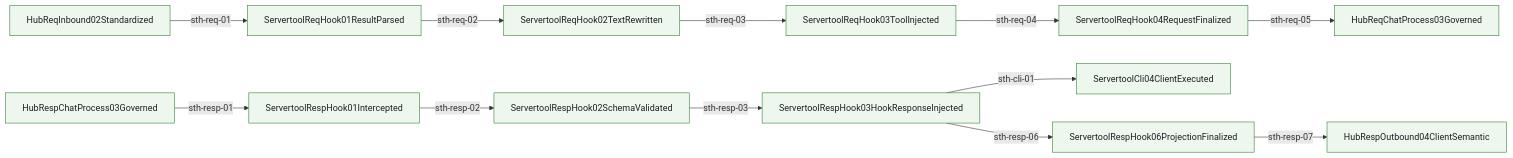
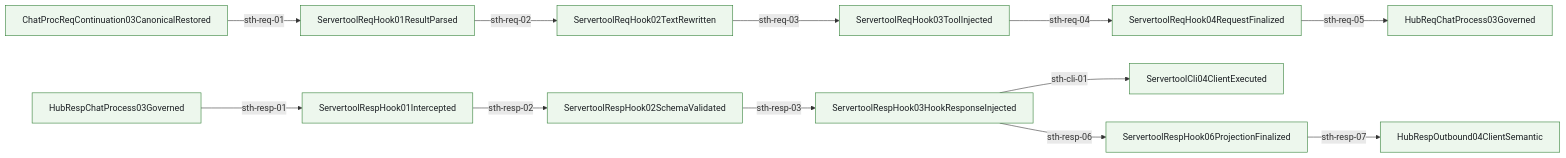
One commit to Jasonzhangf/routecodex changed the third of 20 diagrams in docs/architecture/wiki/mainline-call-graph.md. Above: the diagram before and after it, drawn with Mermaid. The commit also changed other lines of this file and 311 other files, not shown here.

````diff
--- a/docs/architecture/wiki/mainline-call-graph.md
+++ b/docs/architecture/wiki/mainline-call-graph.md
@@ -104,43 +104,43 @@
 ```mermaid
 flowchart LR
   HubReqChatProcess03Governed["HubReqChatProcess03Governed"]
   ServertoolReqHook04RequestFinalized["ServertoolReqHook04RequestFinalized"]
   ServertoolReqHook03ToolInjected["ServertoolReqHook03ToolInjected"]
   ServertoolReqHook02TextRewritten["ServertoolReqHook02TextRewritten"]
   ServertoolReqHook01ResultParsed["ServertoolReqHook01ResultParsed"]
-  HubReqInbound02Standardized["HubReqInbound02Standardized"]
+  ChatProcReqContinuation03CanonicalRestored["ChatProcReqContinuation03CanonicalRestored"]
   ServertoolCli04ClientExecuted["ServertoolCli04ClientExecuted"]
   HubRespOutbound04ClientSemantic["HubRespOutbound04ClientSemantic"]
   ServertoolRespHook06ProjectionFinalized["ServertoolRespHook06ProjectionFinalized"]
   ServertoolRespHook03HookResponseInjected["ServertoolRespHook03HookResponseInjected"]
   ServertoolRespHook02SchemaValidated["ServertoolRespHook02SchemaValidated"]
   ServertoolRespHook01Intercepted["ServertoolRespHook01Intercepted"]
   HubRespChatProcess03Governed["HubRespChatProcess03Governed"]
   HubRespChatProcess03Governed -->|sth-resp-01| ServertoolRespHook01Intercepted
   ServertoolRespHook01Intercepted -->|sth-resp-02| ServertoolRespHook02SchemaValidated
   ServertoolRespHook02SchemaValidated -->|sth-resp-03| ServertoolRespHook03HookResponseInjected
   ServertoolRespHook03HookResponseInjected -->|sth-resp-06| ServertoolRespHook06ProjectionFinalized
   ServertoolRespHook06ProjectionFinalized -->|sth-resp-07| HubRespOutbound04ClientSemantic
   ServertoolRespHook03HookResponseInjected -->|sth-cli-01| ServertoolCli04ClientExecuted
-  HubReqInbound02Standardized -->|sth-req-01| ServertoolReqHook01ResultParsed
+  ChatProcReqContinuation03CanonicalRestored -->|sth-req-01| ServertoolReqHook01ResultParsed
   ServertoolReqHook01ResultParsed -->|sth-req-02| ServertoolReqHook02TextRewritten
   ServertoolReqHook02TextRewritten -->|sth-req-03| ServertoolReqHook03ToolInjected
   ServertoolReqHook03ToolInjected -->|sth-req-04| ServertoolReqHook04RequestFinalized
   ServertoolReqHook04RequestFinalized -->|sth-req-05| HubReqChatProcess03Governed
   classDef anchored fill:#edf7ed,stroke:#2e7d32,stroke-width:1px,color:#1b1f23;
   classDef partial fill:#fff7e6,stroke:#b26a00,stroke-width:1px,color:#1b1f23;
   classDef pending fill:#f4f4f5,stroke:#6b7280,stroke-width:1px,stroke-dasharray: 5 5,color:#1b1f23;
   class HubRespChatProcess03Governed anchored;
   class ServertoolRespHook01Intercepted anchored;
   class ServertoolRespHook02SchemaValidated anchored;
   class ServertoolRespHook03HookResponseInjected anchored;
   class ServertoolRespHook06ProjectionFinalized anchored;
   class HubRespOutbound04ClientSemantic anchored;
   class ServertoolCli04ClientExecuted anchored;
-  class HubReqInbound02Standardized anchored;
+  class ChatProcReqContinuation03CanonicalRestored anchored;
   class ServertoolReqHook01ResultParsed anchored;
   class ServertoolReqHook02TextRewritten anchored;
   class ServertoolReqHook03ToolInjected anchored;
   class ServertoolReqHook04RequestFinalized anchored;
   class HubReqChatProcess03Governed anchored;
 ```
````
